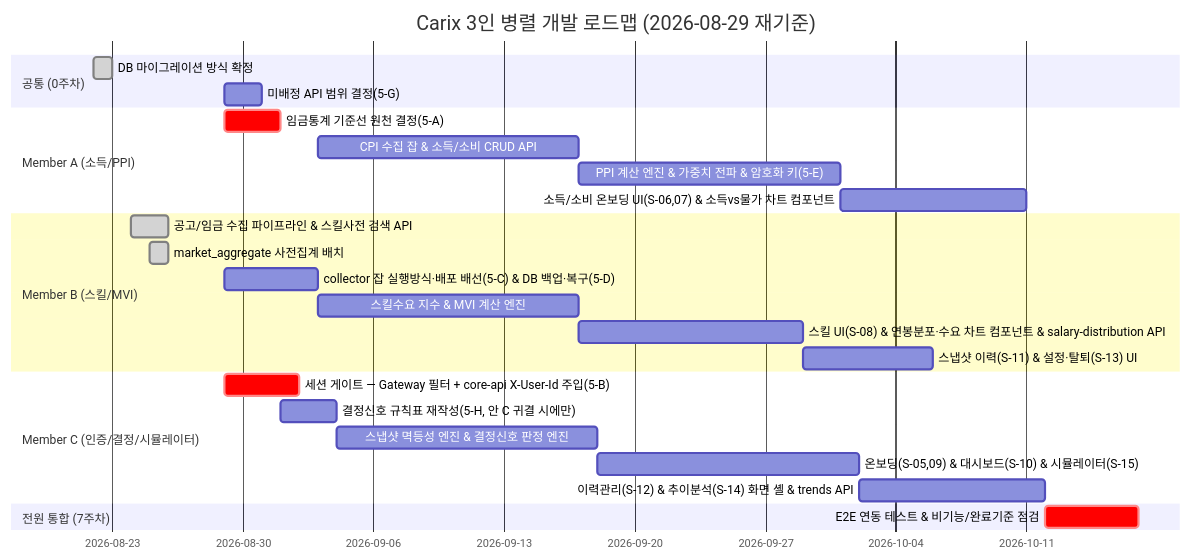
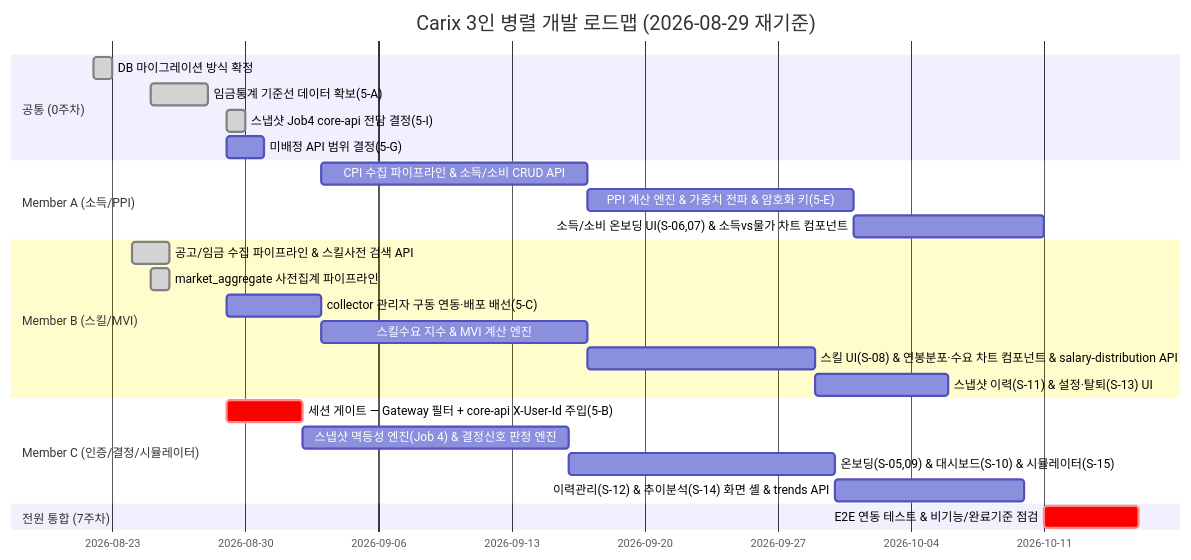
Before and after one commit to SeoHyeokGyu/Carix: the first of 2 diagrams in docs/plans/carix-dev-plan.md, drawn with Mermaid. The commit also changed other lines of this file and 1 other file, not shown here.

````diff
--- a/docs/plans/carix-dev-plan.md
+++ b/docs/plans/carix-dev-plan.md
@@ -136,28 +115,28 @@
 ```mermaid
 gantt
     title Carix 3인 병렬 개발 로드맵 (2026-08-29 재기준)
     dateFormat  YYYY-MM-DD
     section 공통 (0주차)
     DB 마이그레이션 방식 확정 :done, c0a, 2026-08-22, 1d
+    임금통계 기준선 데이터 확보(5-A) :done, a0, 2026-08-25, 3d
+    스냅샷 Job4 core-api 전담 결정(5-I) :done, i0, 2026-08-29, 1d
     미배정 API 범위 결정(5-G) :c0, 2026-08-29, 2d
     section Member A (소득/PPI)
-    임금통계 기준선 원천 결정(5-A) :crit, a0, 2026-08-29, 3d
-    CPI 수집 잡 & 소득/소비 CRUD API :a1, after b0, 14d
+    CPI 수집 파이프라인 & 소득/소비 CRUD API :a1, after b0, 14d
     PPI 계산 엔진 & 가중치 전파 & 암호화 키(5-E) :a2, after a1, 14d
     소득/소비 온보딩 UI(S-06,07) & 소득vs물가 차트 컴포넌트 :a3, after a2, 10d
     section Member B (스킬/MVI)
     공고/임금 수집 파이프라인 & 스킬사전 검색 API :done, b1, 2026-08-24, 2d
-    market_aggregate 사전집계 배치 :done, b2a, 2026-08-25, 1d
-    collector 잡 실행방식·배포 배선(5-C) & DB 백업·복구(5-D) :b0, 2026-08-29, 5d
-    스킬수요 지수 & MVI 계산 엔진 :b2, after b0 a0, 14d
+    market_aggregate 사전집계 파이프라인 :done, b2a, 2026-08-25, 1d
+    collector 관리자 구동 연동·배포 배선(5-C) :b0, 2026-08-29, 5d
+    스킬수요 지수 & MVI 계산 엔진 :b2, after b0, 14d
     스킬 UI(S-08) & 연봉분포·수요 차트 컴포넌트 & salary-distribution API :b3, after b2, 12d
     스냅샷 이력(S-11) & 설정·탈퇴(S-13) UI :b4, after b3, 7d
     section Member C (인증/결정/시뮬레이터)
     세션 게이트 — Gateway 필터 + core-api X-User-Id 주입(5-B) :crit, c0b, 2026-08-29, 4d
-    결정신호 규칙표 재작성(5-H, 안 C 귀결 시에만) :h1, after a0, 3d
-    스냅샷 멱등성 엔진 & 결정신호 판정 엔진 :c2, after c0b h1, 14d
+    스냅샷 멱등성 엔진(Job 4) & 결정신호 판정 엔진 :c2, after c0b, 14d
     온보딩(S-05,09) & 대시보드(S-10) & 시뮬레이터(S-15) :c3, after c2, 14d
     이력관리(S-12) & 추이분석(S-14) 화면 셸 & trends API :c4, after c3, 10d
     section 전원 통합 (7주차)
     E2E 연동 테스트 & 비기능/완료기준 점검 :crit, e2e, after a3 b4 c4, 5d
 ```
````
